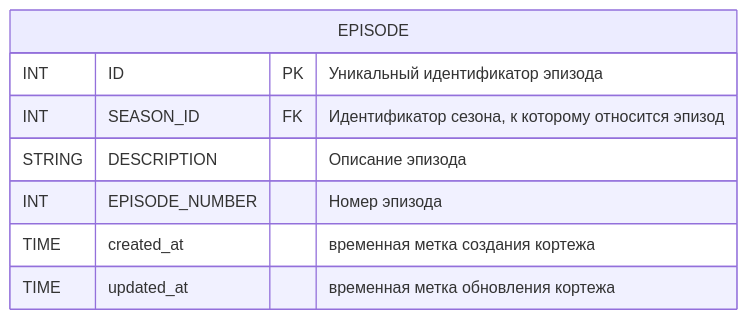
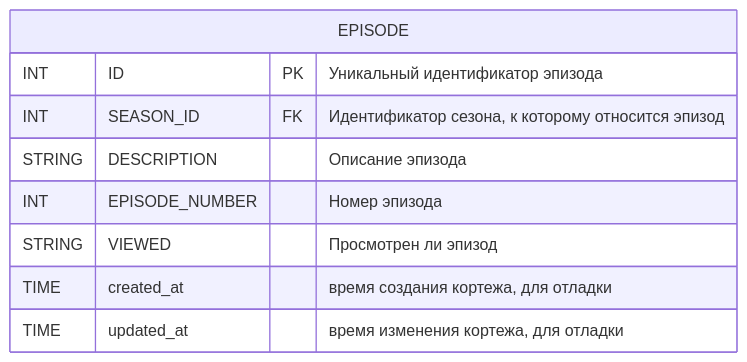
Before and after one commit to go-park-mail-ru/2024_1_Cyberkotletki: diagram 11 of 25 in db/normalized/relations.md, drawn with Mermaid. The commit also changed other lines of this file and 2 other files, not shown here.

````diff
--- a/db/normalized/relations.md
+++ b/db/normalized/relations.md
@@ -218,11 +298,12 @@
 ```mermaid
 erDiagram
     EPISODE {
         INT ID PK "Уникальный идентификатор эпизода"
         INT SEASON_ID FK "Идентификатор сезона, к которому относится эпизод"
         STRING DESCRIPTION "Описание эпизода"
         INT EPISODE_NUMBER "Номер эпизода"
-        TIME created_at "временная метка создания кортежа"
-        TIME updated_at "временная метка обновления кортежа"
+        STRING VIEWED "Просмотрен ли эпизод"
+        TIME created_at "время создания кортежа, для отладки"
+        TIME updated_at "время изменения кортежа, для отладки"
     }
 ```
````
